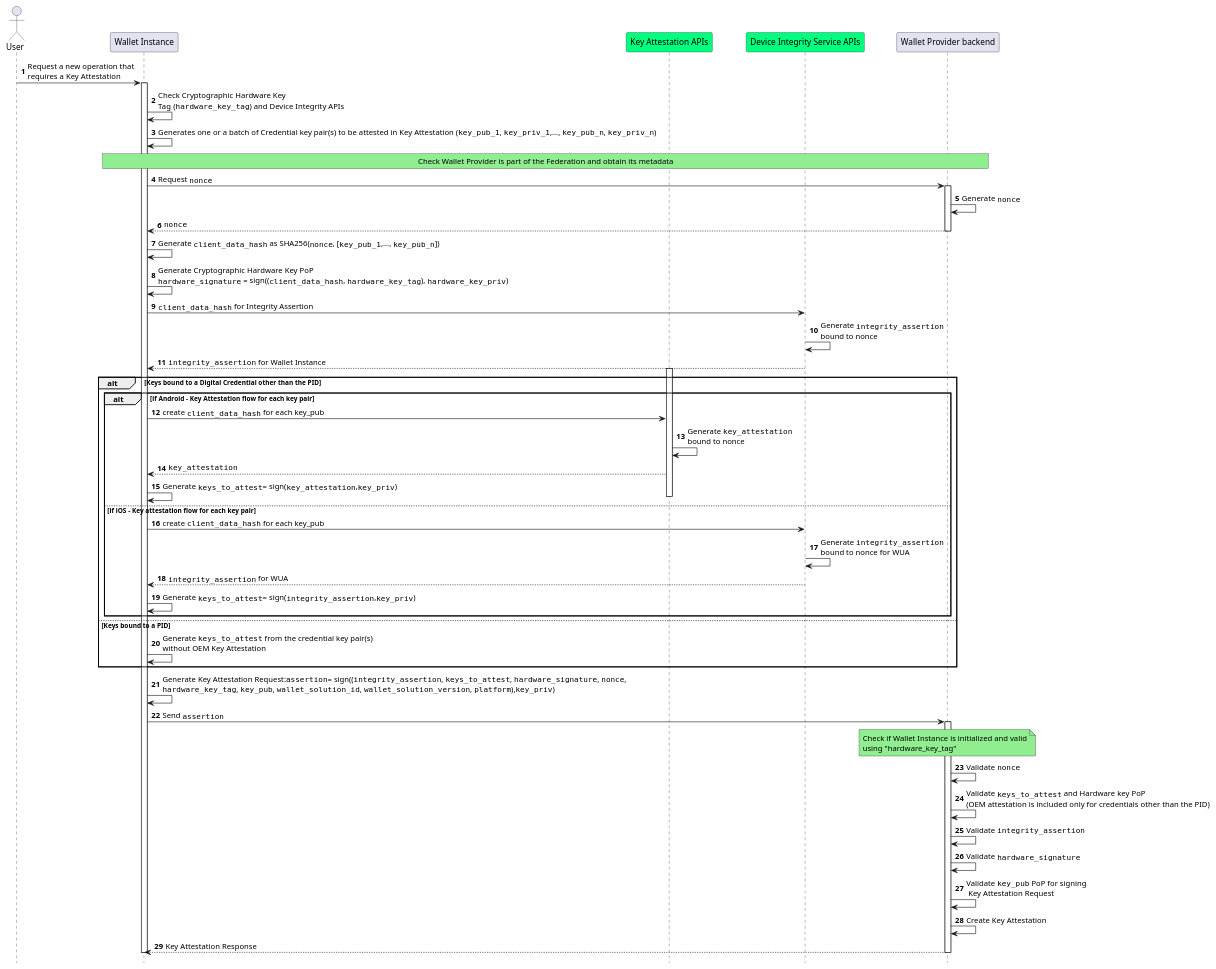
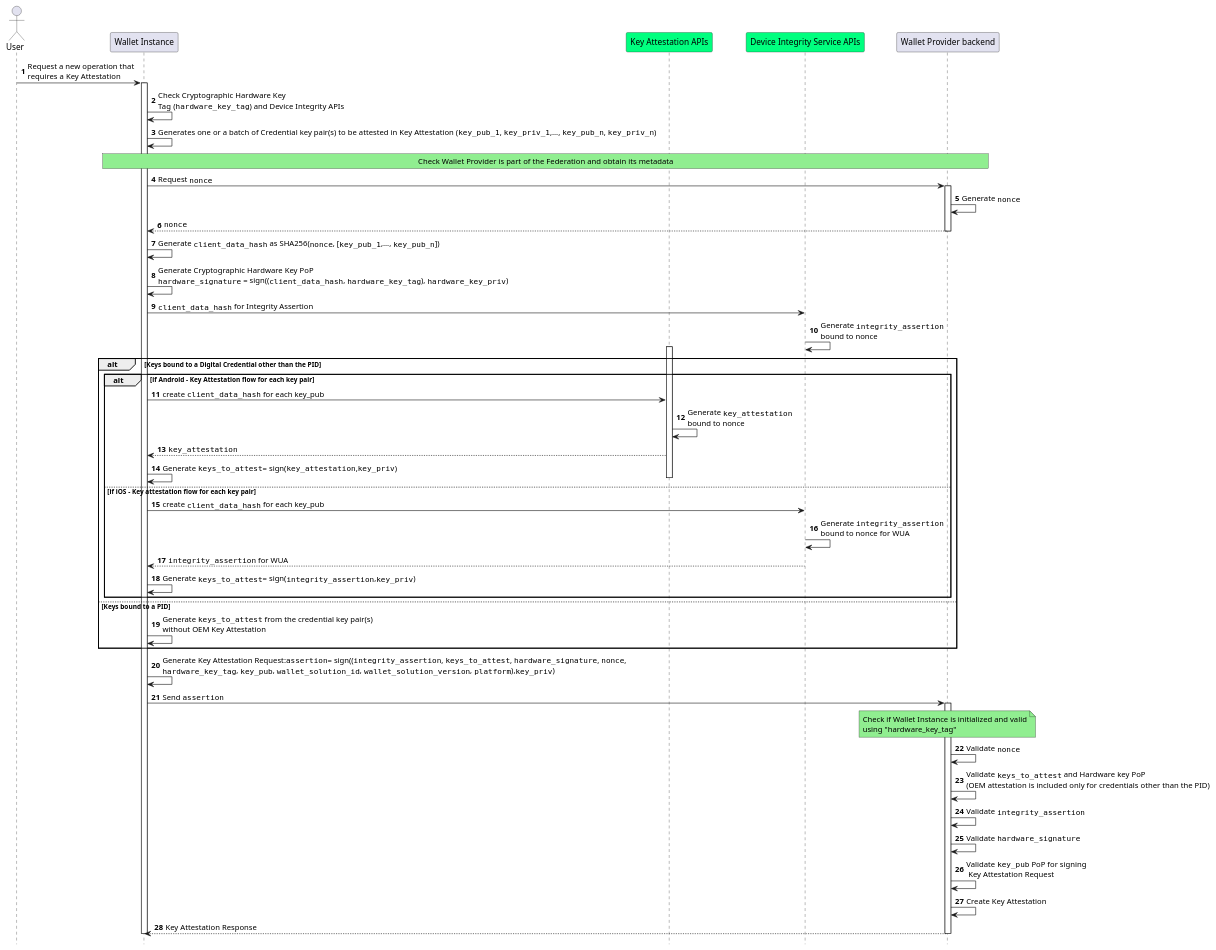
Before and after one commit to italia/eid-wallet-it-docs: the diagram in docs/en/plantuml/wallet-attestation-issuance.puml, drawn with PlantUML.

Commit message:
Apply batched suggestions from code review

```diff
--- a/docs/en/plantuml/wallet-attestation-issuance.puml
+++ b/docs/en/plantuml/wallet-attestation-issuance.puml
@@ -1,88 +1,87 @@
 @startuml Wallet App and Wallet Unit Attestations Issuance
 autonumber
 hide footbox
 
 'Participants
 actor "User" as user
 participant "Wallet Instance" as app 
 participant "Key Attestation APIs" as kats #springgreen
 participant "Device Integrity Service APIs" as aats #springgreen
 participant "Wallet Provider backend" as bck
 
 user->app: Request a new operation that\nrequires a Key Attestation 
 activate app
 
 app->app: Check Cryptographic Hardware Key \nTag (""hardware_key_tag"") and Device Integrity APIs
 
 app->app: Generates one or a batch of Credential key pair(s) to be attested in Key Attestation (""key_pub_1"", ""key_priv_1"",..., ""key_pub_n"", ""key_priv_n"")
 
 rnote over app,bck #LIGHTGREEN
 Check Wallet Provider is part of the Federation and obtain its metadata
 endrnote
 
 app->bck: Request ""nonce""
 activate bck
 
 bck->bck: Generate ""nonce""
 
 bck-->app: ""nonce""
 deactivate bck
 
 
 app->app: Generate ""client_data_hash"" as SHA256(""nonce"", [""key_pub_1"",..., ""key_pub_n""]) 
 
 app->app: Generate Cryptographic Hardware Key PoP\n""hardware_signature"" = sign((""client_data_hash"", ""hardware_key_tag""), ""hardware_key_priv"")
 
 app->aats: ""client_data_hash"" for Integrity Assertion
 aats->aats: Generate ""integrity_assertion""\nbound to nonce 
-aats-->app: ""integrity_assertion"" for Wallet Instance
 
 alt Keys bound to a Digital Credential other than the PID
 
 alt if Android - Key Attestation flow for each key pair
 
 activate kats
 
 app->kats: create ""client_data_hash"" for each key_pub
 
 kats->kats: Generate ""key_attestation""\nbound to nonce
 
 kats-->app: ""key_attestation"" 
 app->app : Generate ""keys_to_attest""= sign(""key_attestation"",""key_priv"")
 
 deactivate kats
 
 else if iOS - Key attestation flow for each key pair
 
 app->aats: create ""client_data_hash"" for each key_pub
 aats->aats: Generate ""integrity_assertion""\nbound to nonce for WUA
 aats-->app: ""integrity_assertion"" for WUA 
 app->app : Generate ""keys_to_attest""= sign(""integrity_assertion"",""key_priv"")
 end
 
 else Keys bound to a PID
 app->app: Generate ""keys_to_attest"" from the credential key pair(s)\nwithout OEM Key Attestation
 end
 
 
 app->app: Generate Key Attestation Request:""assertion""= sign((""integrity_assertion"", ""keys_to_attest"", ""hardware_signature"", ""nonce"",\n""hardware_key_tag"", ""key_pub"", ""wallet_solution_id"", ""wallet_solution_version"", ""platform""),""key_priv"")
 app->bck: Send ""assertion""
 activate bck
 Note over bck, bck #LIGHTGREEN
 Check if Wallet Instance is initialized and valid
 using "hardware_key_tag"
 End note
 
 bck->bck: Validate ""nonce""
 bck->bck: Validate ""keys_to_attest"" and Hardware key PoP\n(OEM attestation is included only for credentials other than the PID)
 bck->bck: Validate ""integrity_assertion""
 bck->bck: Validate ""hardware_signature""
 bck->bck: Validate ""key_pub"" PoP for signing\n Key Attestation Request
 bck->bck: Create Key Attestation
 
 
 bck-->app: Key Attestation Response
 
 deactivate bck
 deactivate app
 @enduml
```
